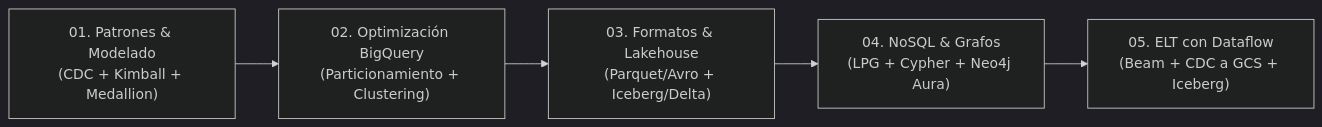
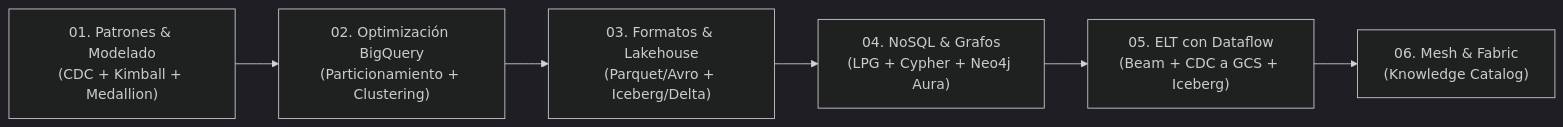
One commit to jggomez/analytics-architectures-labs changed the diagram in README.md. Above: the diagram before and after it, drawn with Mermaid (dark theme). The commit also changed other lines of this file and 2 other files, not shown here.

First line of the commit message:
feat: add Module 06 on Data Mesh, Data Fabric and Knowledge Catalog

````diff
--- a/README.md
+++ b/README.md
@@ -52,7 +57,8 @@
 ```mermaid
 flowchart LR
     A["01. Patrones & Modelado\n(CDC + Kimball + Medallion)"] --> B["02. Optimización BigQuery\n(Particionamiento + Clustering)"]
     B --> C["03. Formatos & Lakehouse\n(Parquet/Avro + Iceberg/Delta)"]
     C --> D["04. NoSQL & Grafos\n(LPG + Cypher + Neo4j Aura)"]
     D --> E["05. ELT con Dataflow\n(Beam + CDC a GCS + Iceberg)"]
+    E --> F["06. Mesh & Fabric\n(Knowledge Catalog)"]
 ```
````
